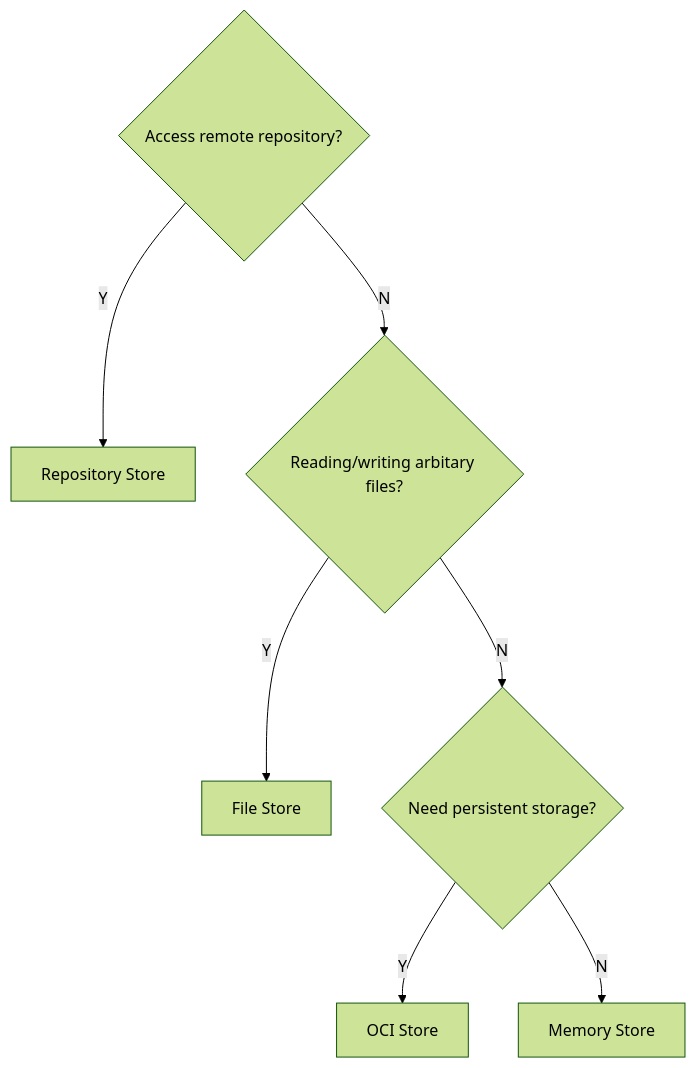
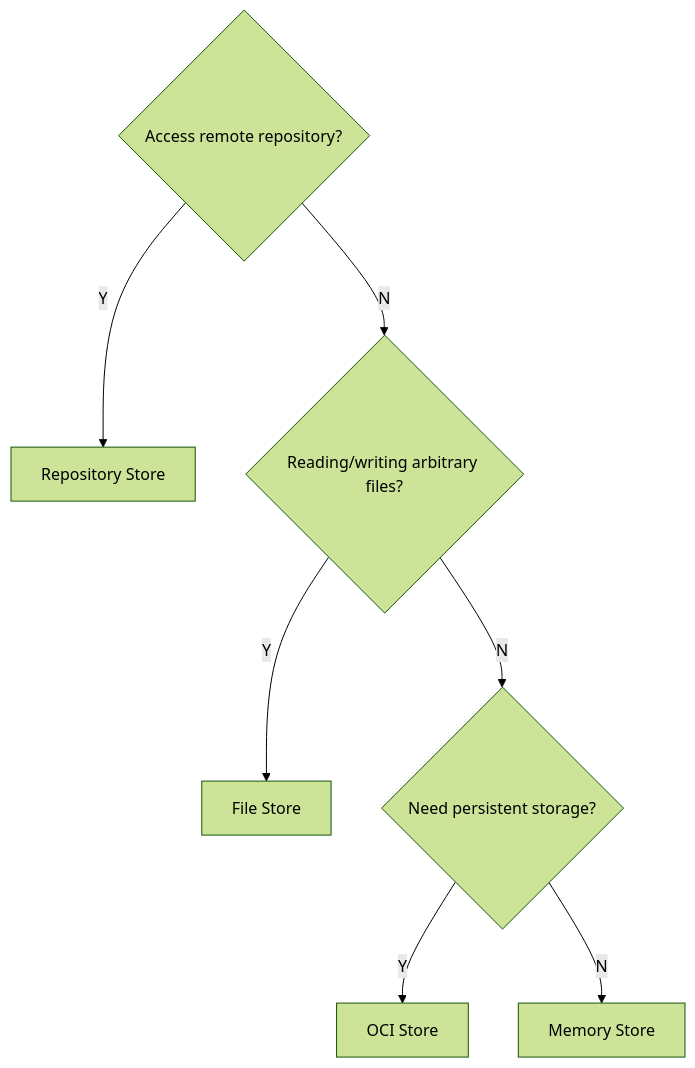
One commit to oras-project/oras-go changed the seventh of 7 diagrams in docs/Targets.md. Above: the diagram before and after it, drawn with Mermaid (forest theme). The commit also changed other lines of this file, not shown here.

````diff
--- a/docs/Targets.md
+++ b/docs/Targets.md
@@ -331,11 +331,11 @@
 ```mermaid
 flowchart TD;
 
 Q1{"Access remote repository?"}
 Q1--Y-->Repository["Repository Store"]
-Q1--N-->Q2{"Reading/writing arbitary files?"}
+Q1--N-->Q2{"Reading/writing arbitrary files?"}
 Q2--Y-->File["File Store"]
 Q2--N-->Q3{"Need persistent storage?"}
 Q3--Y-->OCI["OCI Store"]
 Q3--N-->Memory["Memory Store"]
 ```
````
